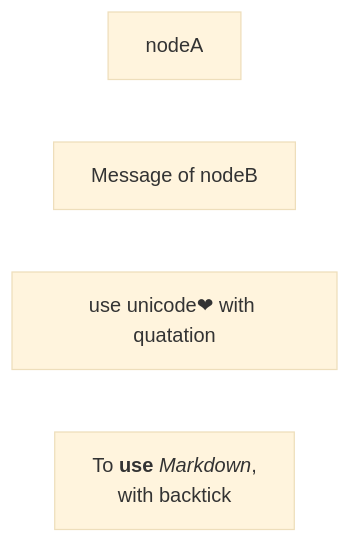
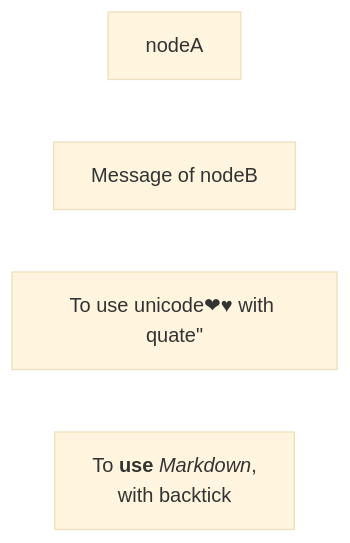
Before and after one commit to ryomashita/mermaid-example: the first of 13 diagrams in flow-chart.md, drawn with Mermaid (base theme). The commit also changed other lines of this file, not shown here.

````diff
--- a/flow-chart.md
+++ b/flow-chart.md
@@ -20,9 +22,9 @@
 ```mermaid
 flowchart LR
 %% use "graph" instead of "flowchart".
     nodeA
     nodeB[Message of nodeB]
-    nodeC["use unicode❤ with quatation"]
+    nodeC["To use unicode❤#9829; with quate#quot; "]
     nodeM["`To **use** _Markdown_, 
         with backtick`"]
 ```
````
